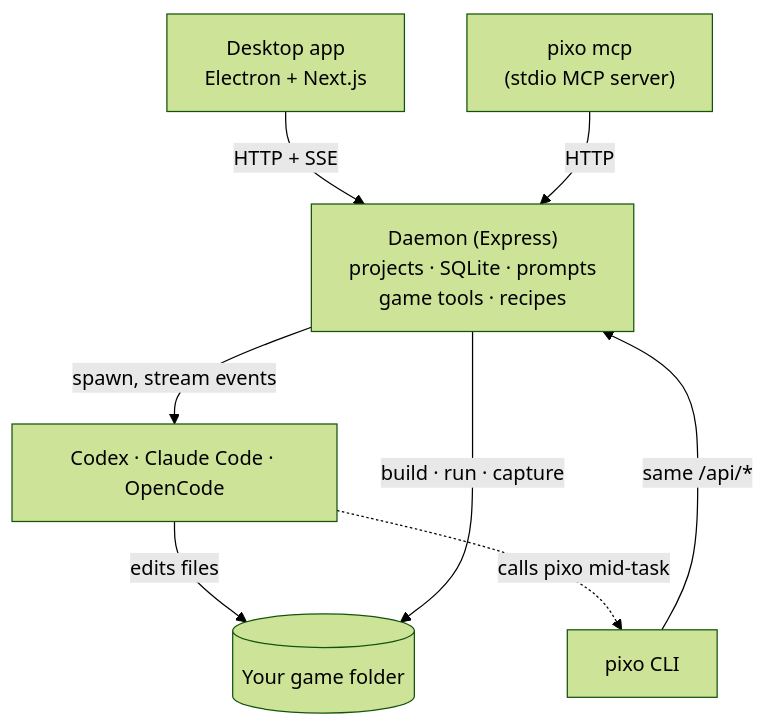
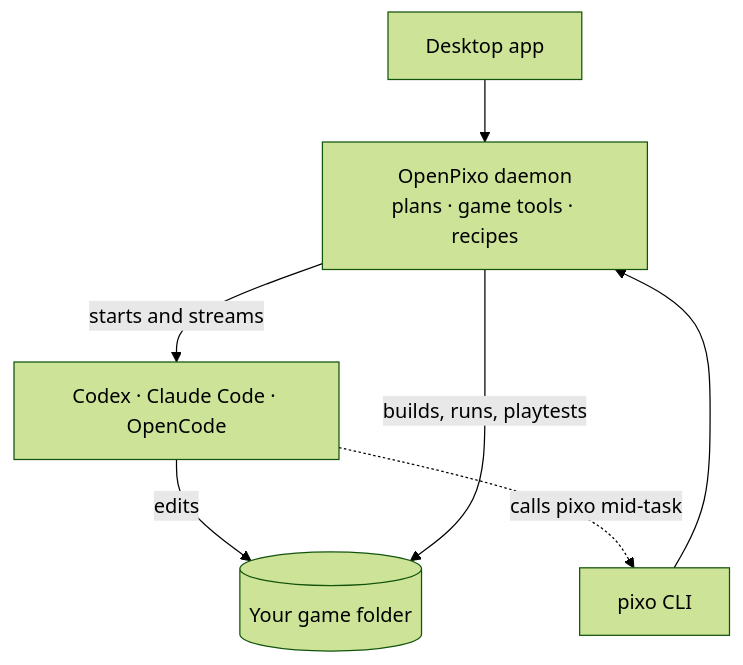
The diagram in README.md (OpenPixo/OpenPixo), drawn with Mermaid (forest theme) before and after one commit. The commit also changed other lines of this file and 3 other files, not shown here.

````diff
--- a/README.md
+++ b/README.md
@@ -48,10 +79,9 @@
 ```mermaid
 flowchart TB
-  UI["Desktop app<br/>Electron + Next.js"] -- "HTTP + SSE" --> D
-  CLI["pixo CLI"] -- "same /api/*" --> D
-  MCP["pixo mcp<br/>(stdio MCP server)"] -- HTTP --> D
-  D["Daemon (Express)<br/>projects · SQLite · prompts<br/>game tools · recipes"] -- "spawn, stream events" --> A["Codex · Claude Code · OpenCode"]
-  A -- "edits files" --> P[("Your game folder")]
+  UI["Desktop app"] --> D
+  CLI["pixo CLI"] --> D
+  D["OpenPixo daemon<br/>plans · game tools · recipes"] -- "starts and streams" --> A["Codex · Claude Code · OpenCode"]
+  A -- "edits" --> P[("Your game folder")]
   A -. "calls pixo mid-task" .-> CLI
-  D -- "build · run · capture" --> P
+  D -- "builds, runs, playtests" --> P
 ```
````
